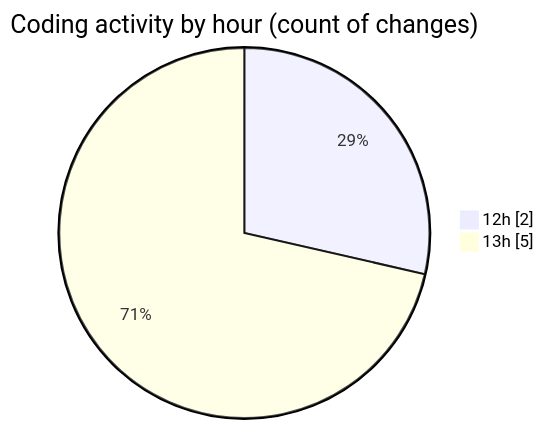
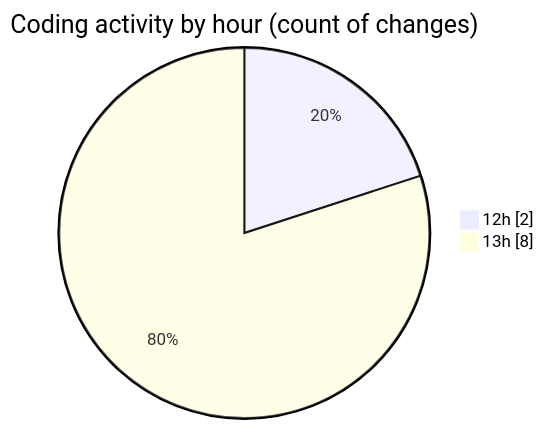
Before and after one commit to idhammustaqopulfikri/code-tracking: the second of 2 diagrams in 2025-06-20/studio-backend/README.md, drawn with Mermaid. The commit also changed other lines of this file and 1 other file, not shown here.

````diff
--- a/2025-06-20/studio-backend/README.md
+++ b/2025-06-20/studio-backend/README.md
@@ -28,6 +29,6 @@
 ```mermaid
 pie showData
 title Coding activity by hour (count of changes)
 "12h" : 2
-"13h" : 5
+"13h" : 8
 ```
````
